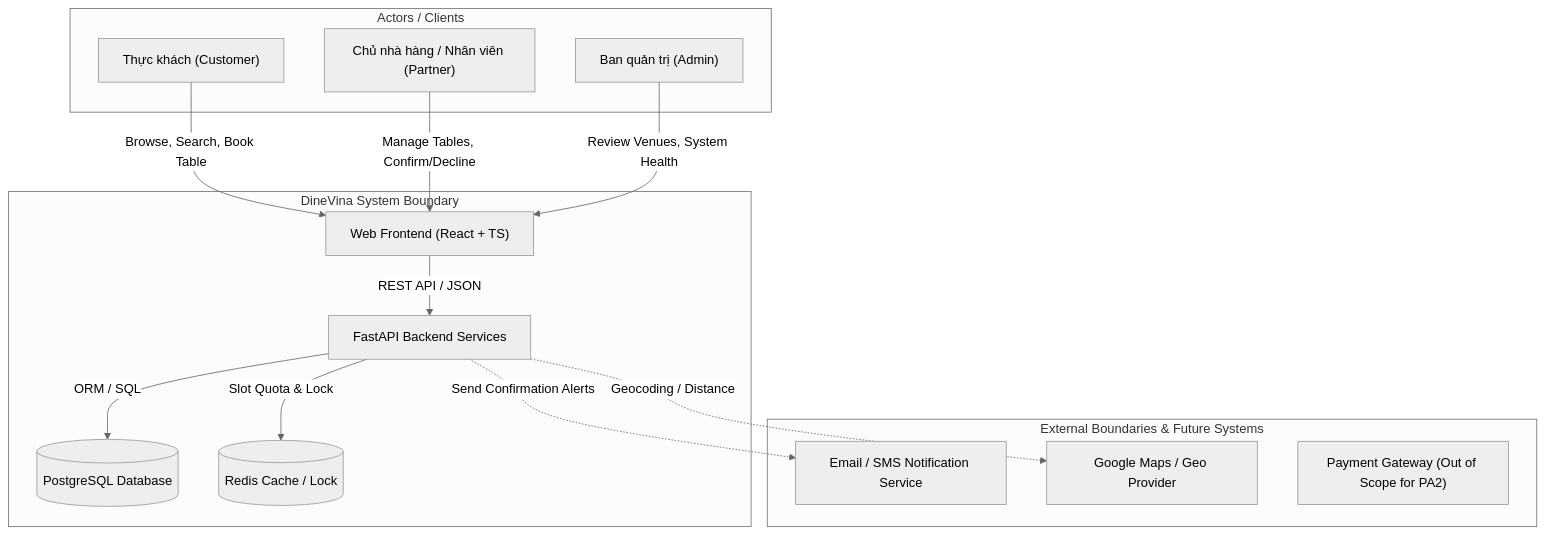
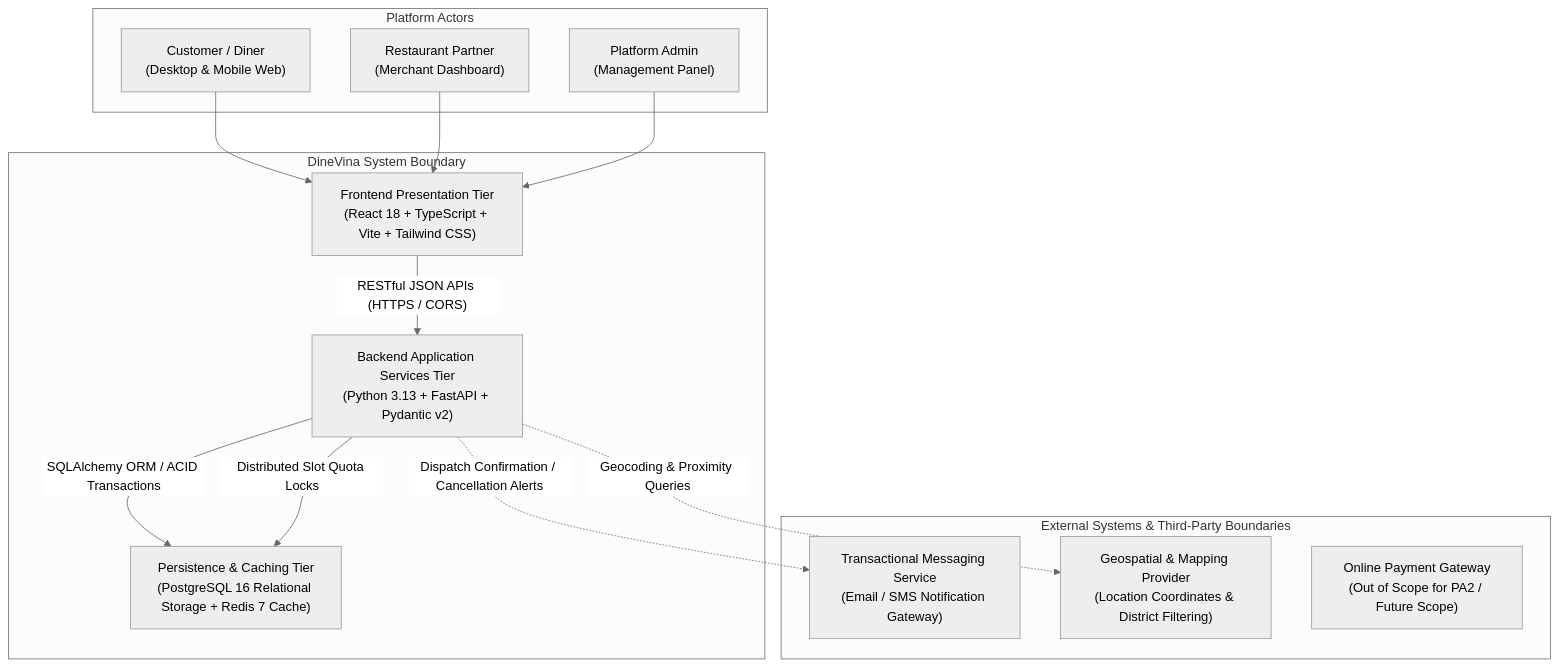
Before and after one commit to HoangCaoPhong/DineVina: the diagram in docs/weekly-reports/PA2_Week3-4/Kien_ProductOverview/kien.md, drawn with Mermaid (neutral theme). The commit also changed other lines of this file, not shown here.

````diff
--- a/docs/weekly-reports/PA2_Week3-4/Kien_ProductOverview/kien.md
+++ b/docs/weekly-reports/PA2_Week3-4/Kien_ProductOverview/kien.md
@@ -39,32 +36,31 @@
 ```mermaid
 graph TD
-    subgraph Users ["Actors / Clients"]
-        Diner["Thực khách (Customer)"]
-        Partner["Chủ nhà hàng / Nhân viên (Partner)"]
-        Admin["Ban quản trị (Admin)"]
+    subgraph Actors ["Platform Actors"]
+        Customer["Customer / Diner\n(Desktop & Mobile Web)"]
+        Partner["Restaurant Partner\n(Merchant Dashboard)"]
+        Admin["Platform Admin\n(Management Panel)"]
     end
 
-    subgraph DineVina_Platform ["DineVina System Boundary"]
-        WebUI["Web Frontend (React + TS)"]
-        APIGateway["FastAPI Backend Services"]
-        DB[(PostgreSQL Database)]
-        Cache[(Redis Cache / Lock)]
-        
-        WebUI -->|REST API / JSON| APIGateway
-        APIGateway -->|ORM / SQL| DB
-        APIGateway -->|Slot Quota & Lock| Cache
+    subgraph DineVina_Boundary ["DineVina System Boundary"]
+        ClientTier["Frontend Presentation Tier\n(React 18 + TypeScript + Vite + Tailwind CSS)"]
+        APITier["Backend Application Services Tier\n(Python 3.13 + FastAPI + Pydantic v2)"]
+        DataTier["Persistence & Caching Tier\n(PostgreSQL 16 Relational Storage + Redis 7 Cache)"]
+
+        ClientTier -->|"RESTful JSON APIs (HTTPS / CORS)"| APITier
+        APITier -->|"SQLAlchemy ORM / ACID Transactions"| DataTier
+        APITier -->|"Distributed Slot Quota Locks"| DataTier
     end
 
-    subgraph External_Systems ["External Boundaries & Future Systems"]
-        SMS_Email["Email / SMS Notification Service"]
-        Map_Service["Google Maps / Geo Provider"]
-        Payment_Gateway["Payment Gateway (Out of Scope for PA2)"]
+    subgraph External_Boundaries ["External Systems & Third-Party Boundaries"]
+        NotifyService["Transactional Messaging Service\n(Email / SMS Notification Gateway)"]
+        MapService["Geospatial & Mapping Provider\n(Location Coordinates & District Filtering)"]
+        PaymentSystem["Online Payment Gateway\n(Out of Scope for PA2 / Future Scope)"]
     end
 
-    Diner -->|Browse, Search, Book Table| WebUI
-    Partner -->|Manage Tables, Confirm/Decline| WebUI
-    Admin -->|Review Venues, System Health| WebUI
+    Customer --> ClientTier
+    Partner --> ClientTier
+    Admin --> ClientTier
 
-    APIGateway -.->|Send Confirmation Alerts| SMS_Email
-    APIGateway -.->|Geocoding / Distance| Map_Service
+    APITier -.->|"Dispatch Confirmation / Cancellation Alerts"| NotifyService
+    APITier -.->|"Geocoding & Proximity Queries"| MapService
 ```
````
